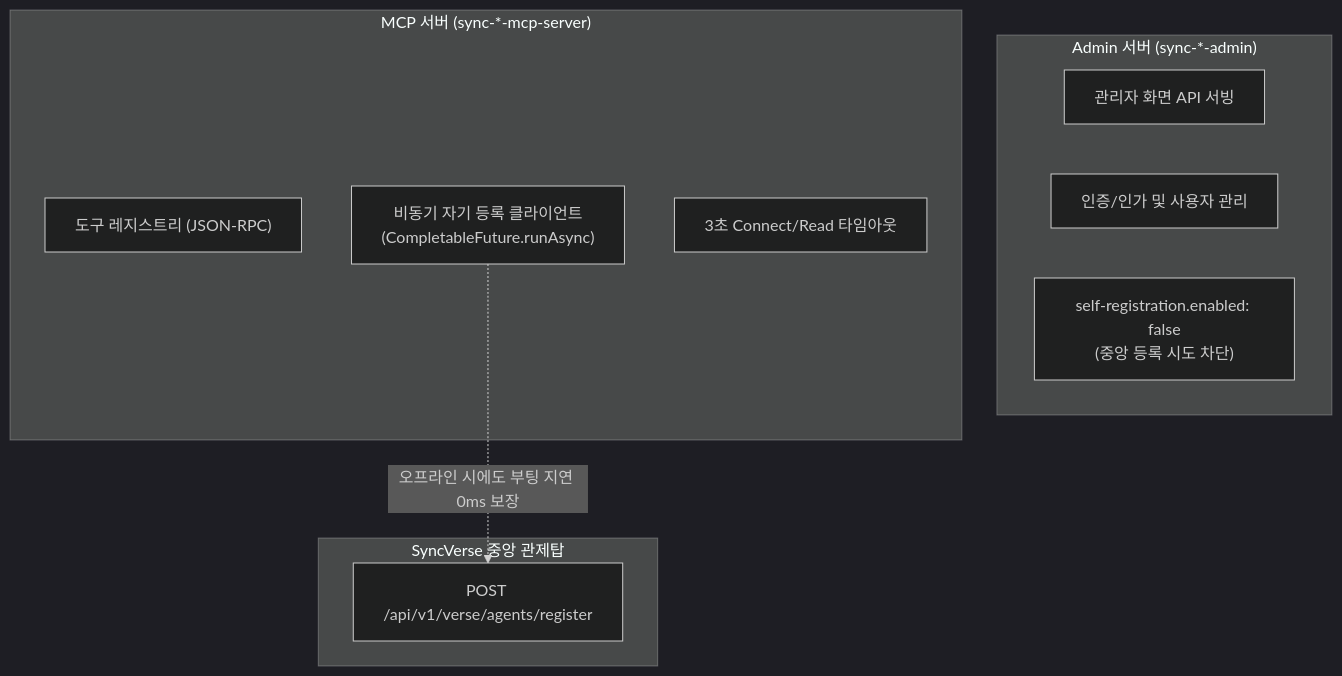
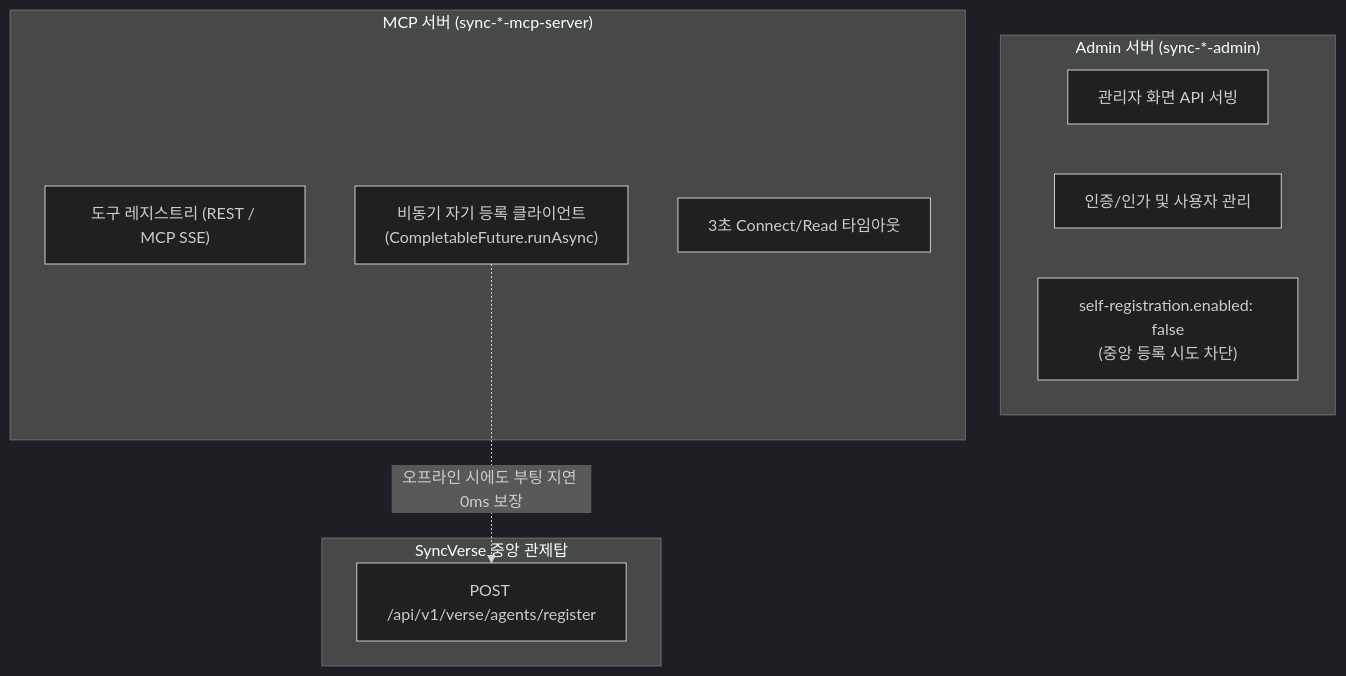
One commit to DramaticCollaboration/doc.github.io changed the third of 3 diagrams in ko/syncverse/architecture.md. Above: the diagram before and after it, drawn with Mermaid (dark theme). The commit also changed other lines of this file and 4 other files, not shown here.

````diff
--- a/ko/syncverse/architecture.md
+++ b/ko/syncverse/architecture.md
@@ -171,20 +171,20 @@
 ```mermaid
 graph TD
     subgraph AdminRuntime ["Admin 서버 (sync-*-admin)"]
         UI["관리자 화면 API 서빙"]
         Auth["인증/인가 및 사용자 관리"]
         Block["self-registration.enabled: false<br/>(중앙 등록 시도 차단)"]
     end
 
     subgraph McpRuntime ["MCP 서버 (sync-*-mcp-server)"]
-        ToolRegistry["도구 레지스트리 (JSON-RPC)"]
+        ToolRegistry["도구 레지스트리 (REST / MCP SSE)"]
         AsyncReg["비동기 자기 등록 클라이언트<br/>(CompletableFuture.runAsync)"]
         Timeout["3초 Connect/Read 타임아웃"]
     end
 
     subgraph CenterTower ["SyncVerse 중앙 관제탑"]
         RegEndpoint["POST /api/v1/verse/agents/register"]
     end
 
     AsyncReg -.->|오프라인 시에도 부팅 지연 0ms 보장| RegEndpoint
 ```
````
